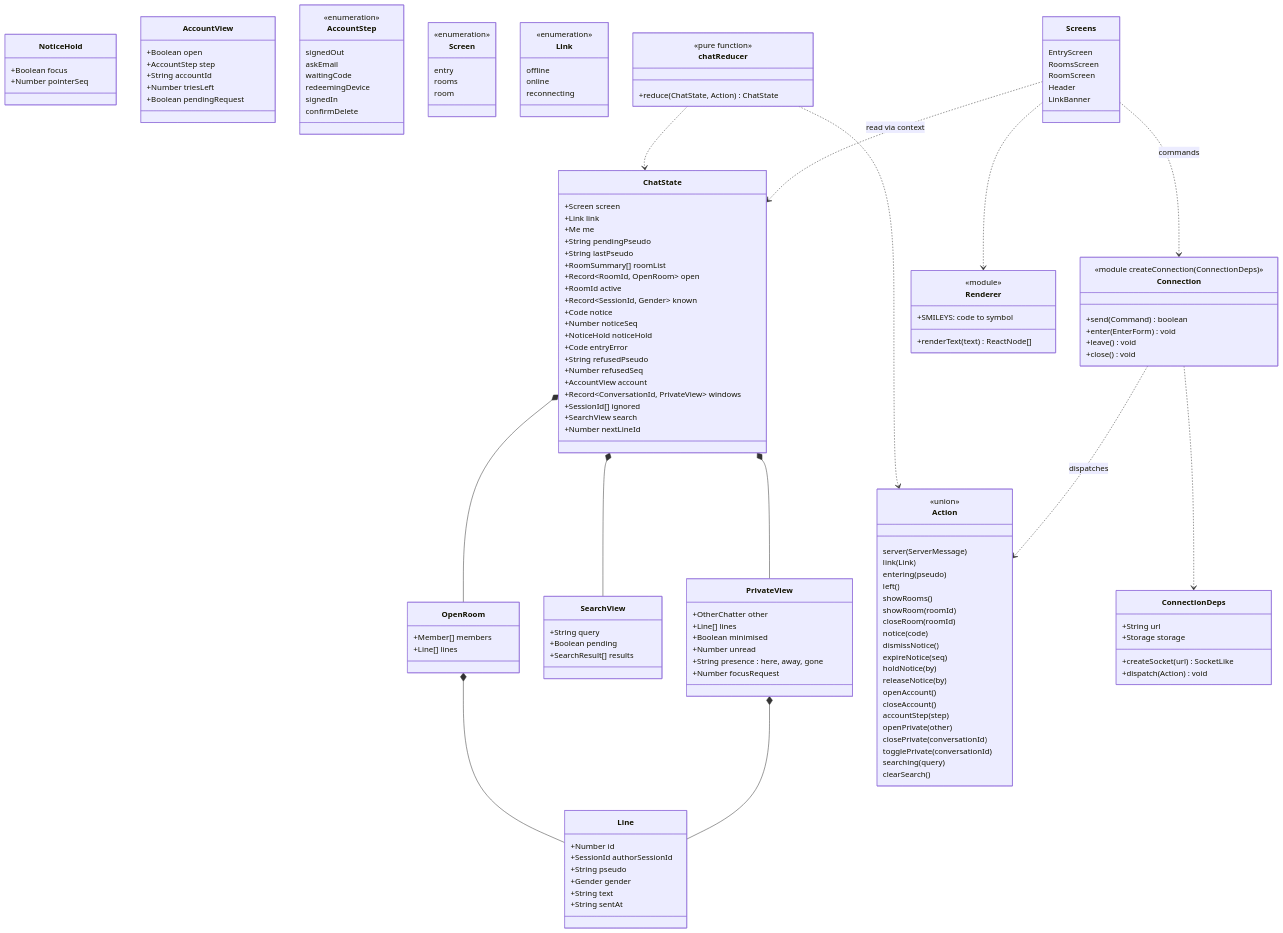
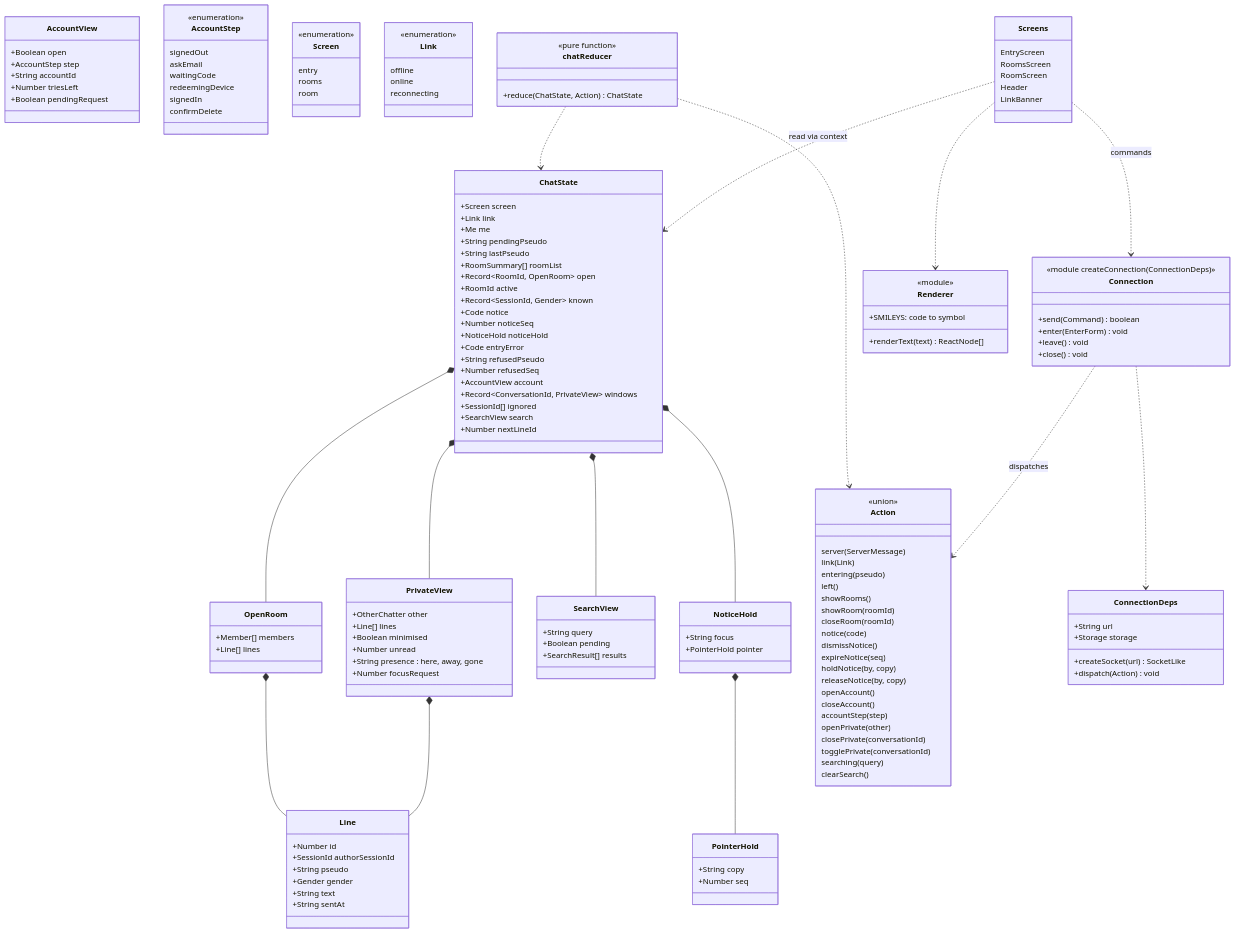
One commit to benoit-bremaud/asv changed the diagram in docs/architecture/diagrams/web-ui/04-class-client-state.md. Above: the diagram before and after it, drawn with Mermaid. The commit also changed other lines of this file and 5 other files, not shown here.

Commit message:
fix(web): release a notice hold when its copy closes, only by the copy that set it (#199)

````diff
--- a/docs/architecture/diagrams/web-ui/04-class-client-state.md
+++ b/docs/architecture/diagrams/web-ui/04-class-client-state.md
@@ -47,8 +47,12 @@
     +Number focusRequest
   }
   class NoticeHold {
-    +Boolean focus
-    +Number pointerSeq
+    +String focus
+    +PointerHold pointer
+  }
+  class PointerHold {
+    +String copy
+    +Number seq
   }
   class SearchView {
     +String query
@@ -107,8 +111,8 @@
     notice(code)
     dismissNotice()
     expireNotice(seq)
-    holdNotice(by)
-    releaseNotice(by)
+    holdNotice(by, copy)
+    releaseNotice(by, copy)
     openAccount()
     closeAccount()
     accountStep(step)
@@ -159,4 +163,6 @@
   ChatState *-- PrivateView
   PrivateView *-- Line
   ChatState *-- SearchView
+  ChatState *-- NoticeHold
+  NoticeHold *-- PointerHold
 ```
````
